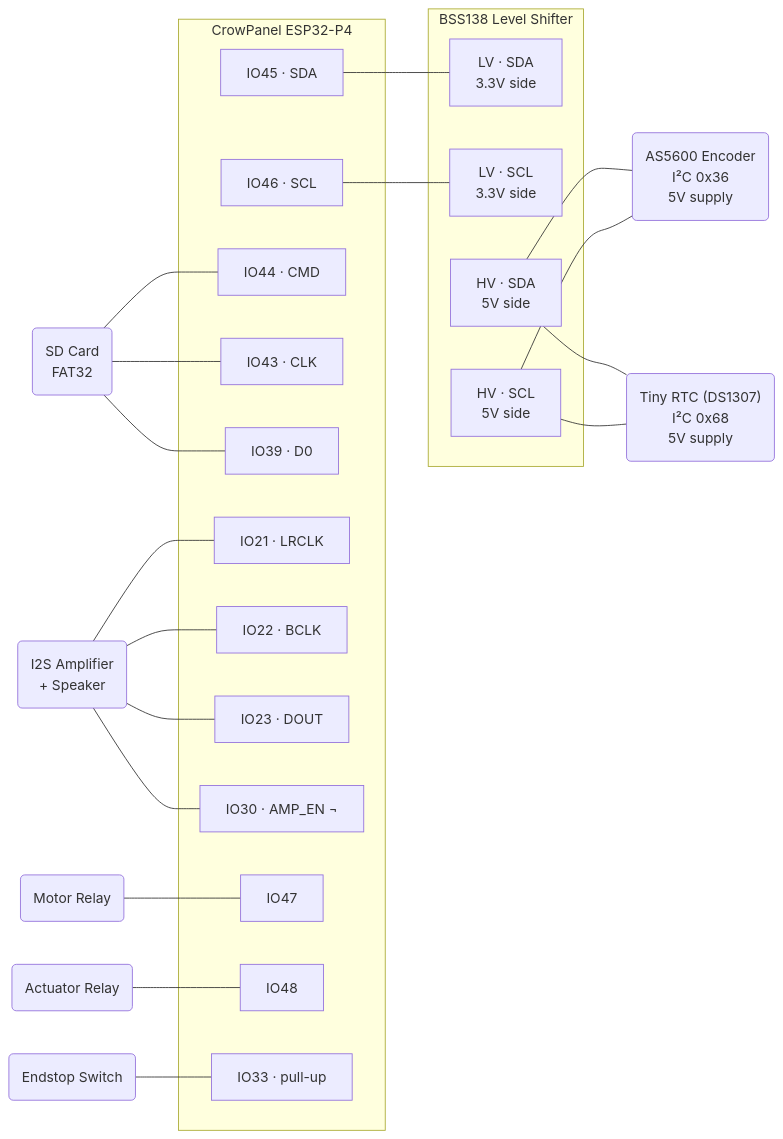
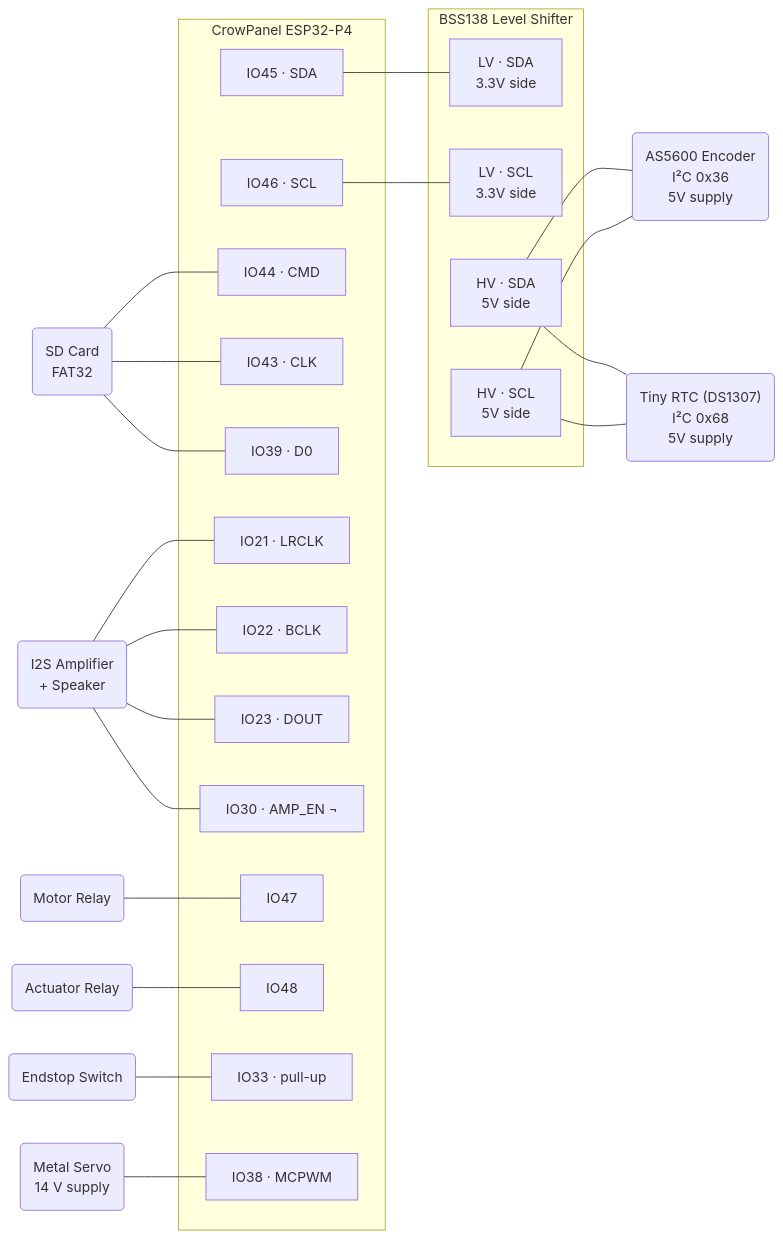
One commit to janreinhartp/DigitalCharpyImpactTestingMachine changed the diagram in README.md. Above: the diagram before and after it, drawn with Mermaid. The commit also changed other lines of this file and 4 other files, not shown here.

````diff
--- a/README.md
+++ b/README.md
@@ -21,49 +20,52 @@
 ```mermaid
 graph LR
     AS5600("AS5600 Encoder\nI²C 0x36\n5V supply")
     DS1307("Tiny RTC (DS1307)\nI²C 0x68\n5V supply")
     SD("SD Card\nFAT32")
     AMP("I2S Amplifier\n+ Speaker")
     MOTOR("Motor Relay")
     ACTUATOR("Actuator Relay")
     ENDSTOP("Endstop Switch")
+    SERVO("Metal Servo\n14 V supply")
 
     subgraph LS ["BSS138 Level Shifter"]
         LV_SDA["LV · SDA\n3.3V side"]
         LV_SCL["LV · SCL\n3.3V side"]
         HV_SDA["HV · SDA\n5V side"]
         HV_SCL["HV · SCL\n5V side"]
     end
 
     subgraph ESP32P4 ["CrowPanel ESP32-P4"]
         I2C_SDA["IO45 · SDA"]
         I2C_SCL["IO46 · SCL"]
         SD_CMD["IO44 · CMD"]
         SD_CLK["IO43 · CLK"]
         SD_D0["IO39 · D0"]
         I2S_LR["IO21 · LRCLK"]
         I2S_BCLK["IO22 · BCLK"]
         I2S_DOUT["IO23 · DOUT"]
         AMP_EN["IO30 · AMP_EN ¬"]
         IO47["IO47"]
         IO48["IO48"]
         IO33["IO33 · pull-up"]
+        IO38["IO38 · MCPWM"]
     end
 
     I2C_SDA --- LV_SDA
     I2C_SCL --- LV_SCL
     HV_SDA --- AS5600
     HV_SCL --- AS5600
     HV_SDA --- DS1307
     HV_SCL --- DS1307
     SD --- SD_CMD
     SD --- SD_CLK
     SD --- SD_D0
     AMP --- I2S_LR
     AMP --- I2S_BCLK
     AMP --- I2S_DOUT
     AMP --- AMP_EN
     MOTOR --- IO47
     ACTUATOR --- IO48
     ENDSTOP --- IO33
+    SERVO --- IO38
 ```
````
